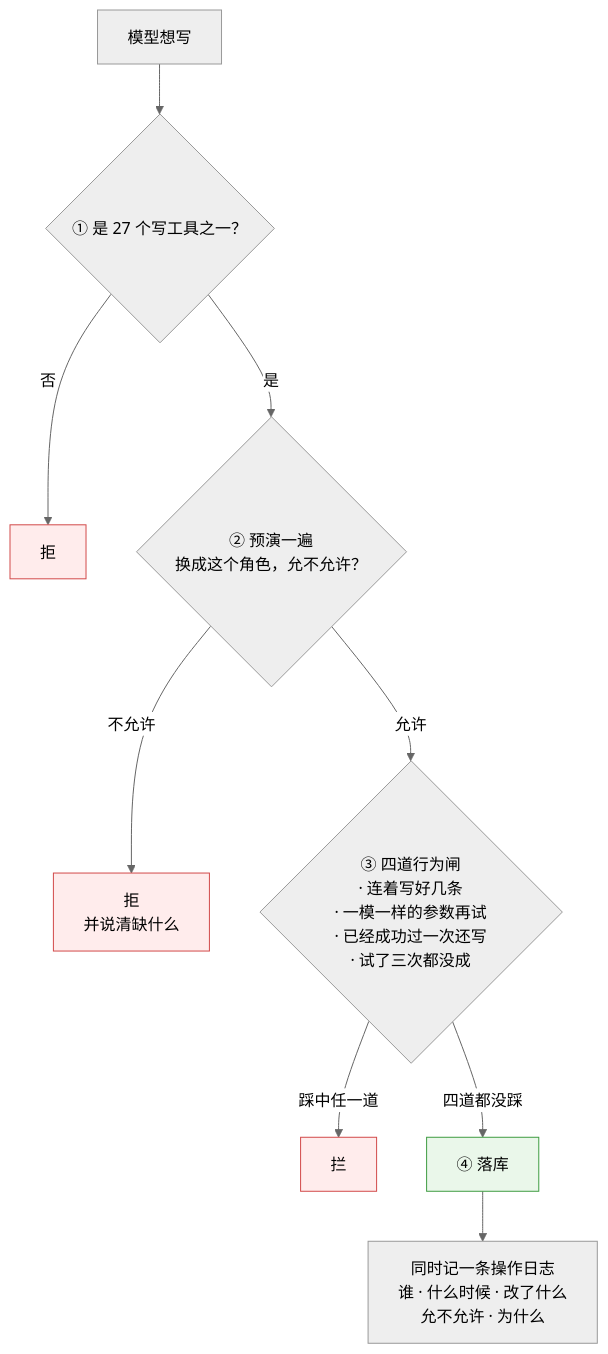
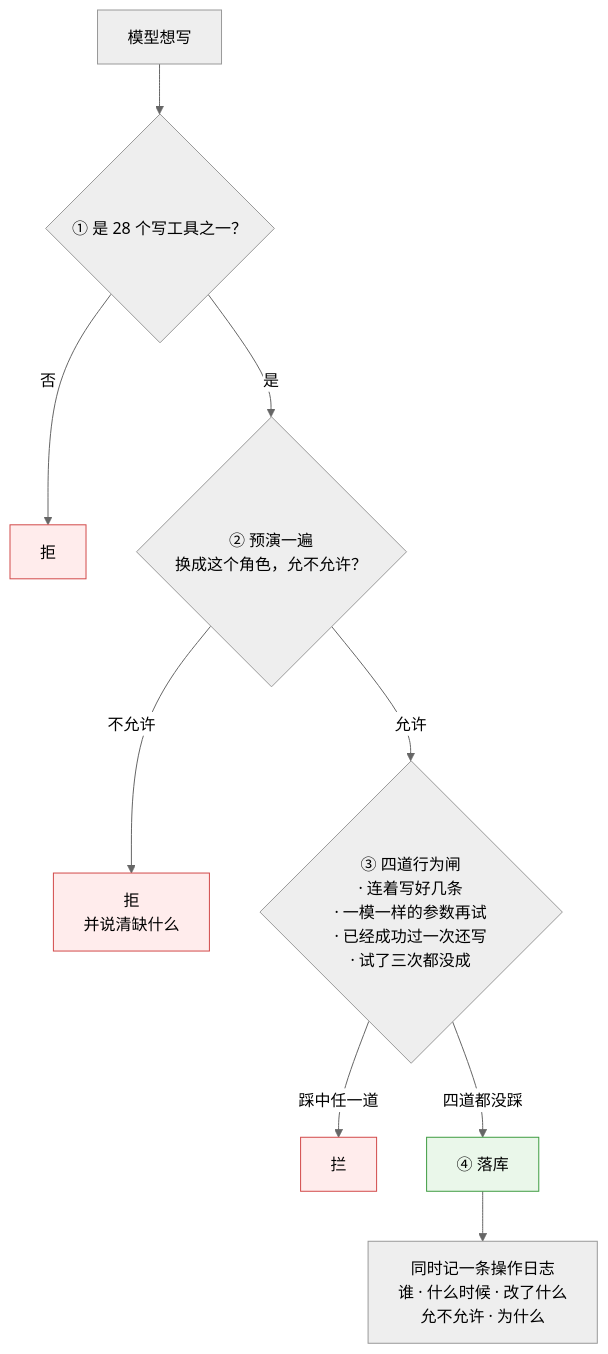
One commit to 843773296-rgb/lanxiu-yunshang-agent changed the second of 3 diagrams in 澜绣云裳agent-产品说明.md. Above: the diagram before and after it, drawn with Mermaid (neutral theme). The commit also changed other lines of this file and 8 other files, not shown here.

````diff
--- a/澜绣云裳agent-产品说明.md
+++ b/澜绣云裳agent-产品说明.md
@@ -306,16 +307,16 @@
 ```mermaid
 flowchart TD
-    A["模型想写"] --> B{"① 是 27 个写工具之一？"}
+    A["模型想写"] --> B{"① 是 28 个写工具之一？"}
     B -- 否 --> X1["拒"]
     B -- 是 --> C{"② 预演一遍<br/>换成这个角色，允不允许？"}
     C -- 不允许 --> X2["拒<br/>并说清缺什么"]
     C -- 允许 --> D{"③ 四道行为闸<br/>· 连着写好几条<br/>· 一模一样的参数再试<br/>· 已经成功过一次还写<br/>· 试了三次都没成"}
     D -- "踩中任一道" --> X3["拦"]
     D -- "四道都没踩" --> E["④ 落库"]
     E --> F["同时记一条操作日志<br/>谁 · 什么时候 · 改了什么<br/>允不允许 · 为什么"]
 
     style X1 fill:#ffecec,stroke:#d24a4a
     style X2 fill:#ffecec,stroke:#d24a4a
     style X3 fill:#ffecec,stroke:#d24a4a
     style E fill:#eaf7ea,stroke:#3f9c42
 ```
````
